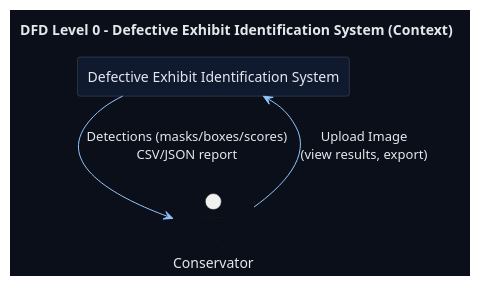
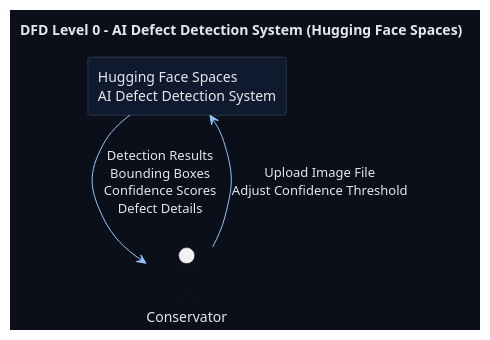
Before and after one commit to hardik1511/image-defect-detection: the diagram in bluebook_diagrams/dfd_level0.puml, drawn with PlantUML. The commit also changed 7 other files, not shown here.

Commit message:
Update bluebook diagrams for Hugging Face Spaces deployment

```diff
--- a/bluebook_diagrams/dfd_level0.puml
+++ b/bluebook_diagrams/dfd_level0.puml
@@ -1,16 +1,16 @@
 @startuml
 skinparam backgroundColor #0b0f19
 skinparam componentStyle rectangle
 skinparam RectangleBackgroundColor #101a2f
 skinparam RectangleBorderColor #4b5563
 skinparam ArrowColor #93c5fd
 skinparam DefaultFontColor #e5e7eb
-title DFD Level 0 – Defective Exhibit Identification System (Context)
+title DFD Level 0 – AI Defect Detection System (Hugging Face Spaces)
 
 actor "Conservator" as CONS
-rectangle "Defective Exhibit Identification System" as SYS {
+rectangle "Hugging Face Spaces\nAI Defect Detection System" as SYS {
 }
 
-CONS --> SYS : Upload Image\n(view results, export)
-SYS --> CONS : Detections (masks/boxes/scores)\nCSV/JSON report
+CONS --> SYS : Upload Image File\nAdjust Confidence Threshold
+SYS --> CONS : Detection Results\nBounding Boxes\nConfidence Scores\nDefect Details
 @enduml
```
